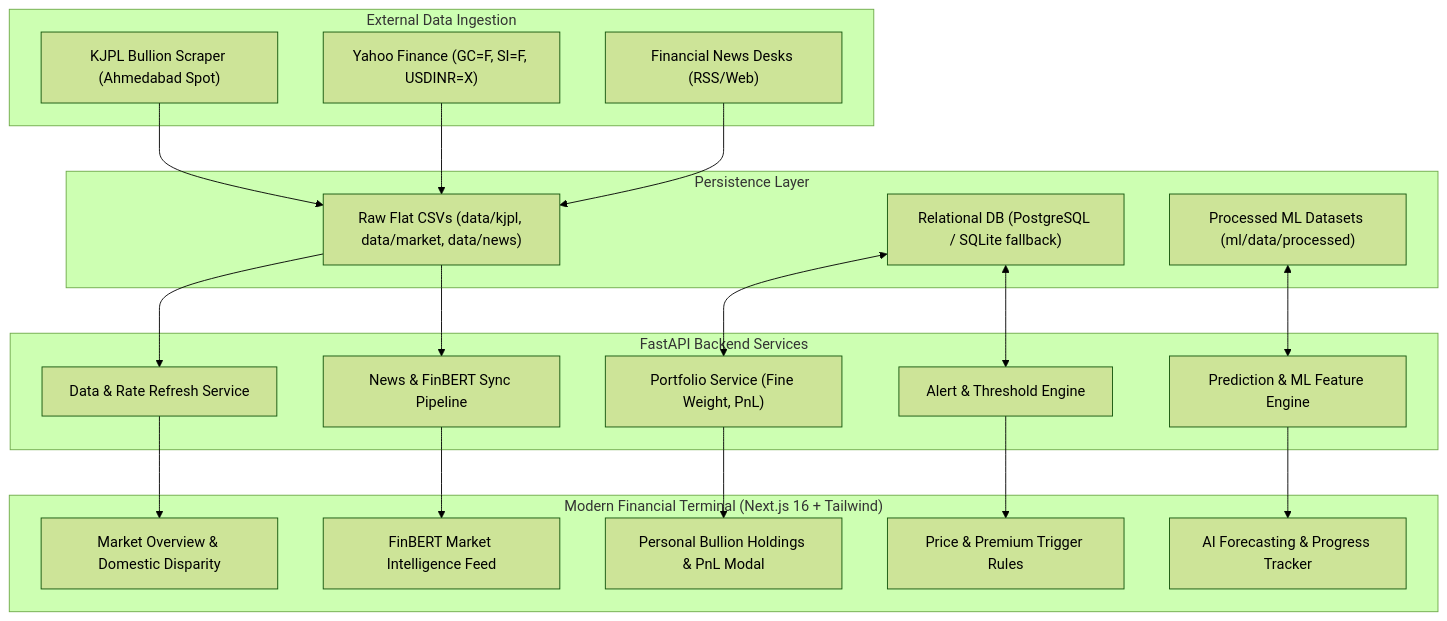
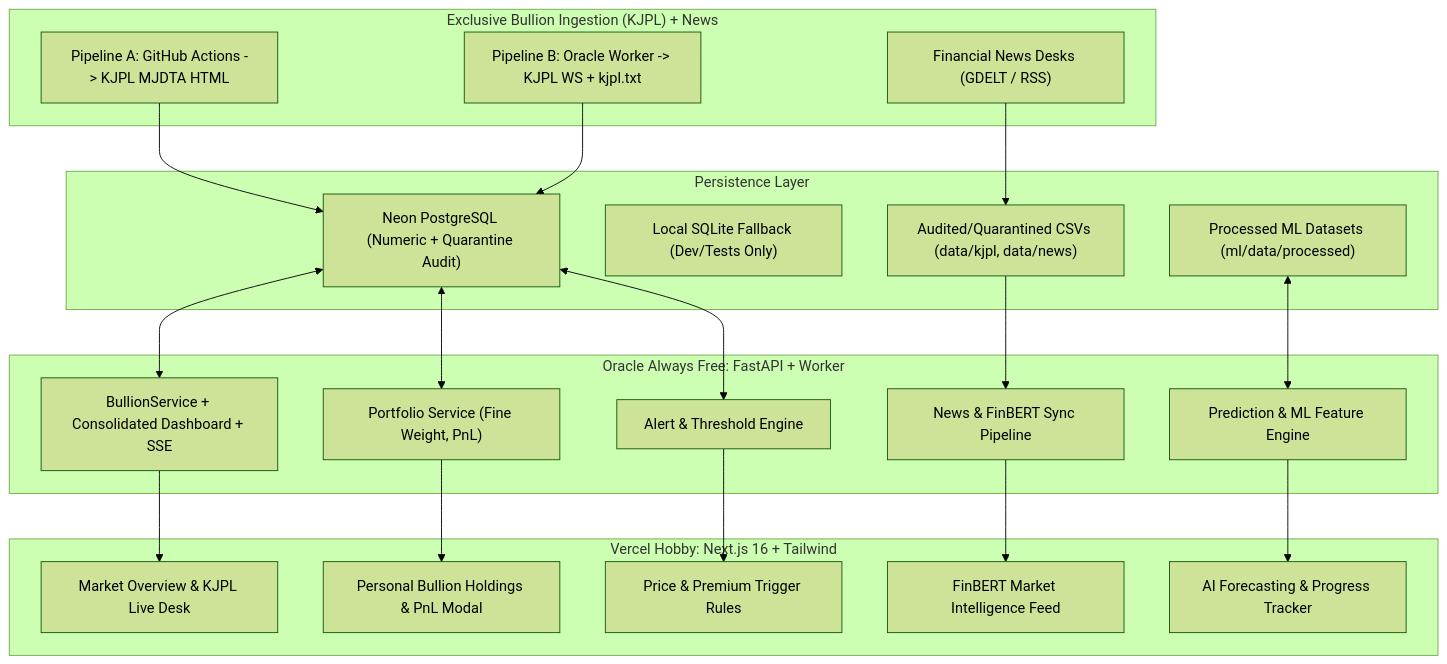
Before and after one commit to Dhruv-vm/GoldSense-AI: the diagram in README.md, drawn with Mermaid (forest theme). The commit also changed other lines of this file and 34 other files, not shown here.

Commit message:
docs: add audited bullion datasets and research documentation

````diff
--- a/README.md
+++ b/README.md
@@ -52,46 +51,47 @@
 ```mermaid
 flowchart TD
-    subgraph DataSources["External Data Ingestion"]
-        KJPL["KJPL Bullion Scraper (Ahmedabad Spot)"]
-        YF["Yahoo Finance (GC=F, SI=F, USDINR=X)"]
-        NewsRSS["Financial News Desks (RSS/Web)"]
+    subgraph DataSources["Exclusive Bullion Ingestion (KJPL) + News"]
+        KJPL_A["Pipeline A: GitHub Actions -> KJPL MJDTA HTML"]
+        KJPL_B["Pipeline B: Oracle Worker -> KJPL WS + kjpl.txt"]
+        NewsRSS["Financial News Desks (GDELT / RSS)"]
     end
 
     subgraph Storage["Persistence Layer"]
-        CSVData["Raw Flat CSVs (data/kjpl, data/market, data/news)"]
-        SQLDB["Relational DB (PostgreSQL / SQLite fallback)"]
+        NeonDB["Neon PostgreSQL (Numeric + Quarantine Audit)"]
+        SQLiteDev["Local SQLite Fallback (Dev/Tests Only)"]
+        CSVData["Audited/Quarantined CSVs (data/kjpl, data/news)"]
         ProcData["Processed ML Datasets (ml/data/processed)"]
     end
 
-    subgraph Backend["FastAPI Backend Services"]
-        DataSvc["Data & Rate Refresh Service"]
+    subgraph Backend["Oracle Always Free: FastAPI + Worker"]
+        BullionSvc["BullionService + Consolidated Dashboard + SSE"]
         PortSvc["Portfolio Service (Fine Weight, PnL)"]
         AlertSvc["Alert & Threshold Engine"]
         NewsSvc["News & FinBERT Sync Pipeline"]
         PredSvc["Prediction & ML Feature Engine"]
     end
 
-    subgraph Frontend["Modern Financial Terminal (Next.js 16 + Tailwind)"]
-        OverviewTab["Market Overview & Domestic Disparity"]
+    subgraph Frontend["Vercel Hobby: Next.js 16 + Tailwind"]
+        OverviewTab["Market Overview & KJPL Live Desk"]
         PortfolioTab["Personal Bullion Holdings & PnL Modal"]
         PredictTab["AI Forecasting & Progress Tracker"]
         NewsTab["FinBERT Market Intelligence Feed"]
         AlertsTab["Price & Premium Trigger Rules"]
     end
 
-    KJPL --> CSVData
-    YF --> CSVData
+    KJPL_A --> NeonDB
+    KJPL_B --> NeonDB
     NewsRSS --> CSVData
 
-    CSVData --> DataSvc
+    NeonDB <--> BullionSvc
+    NeonDB <--> PortSvc
+    NeonDB <--> AlertSvc
     CSVData --> NewsSvc
-    SQLDB <--> PortSvc
-    SQLDB <--> AlertSvc
     ProcData <--> PredSvc
 
-    DataSvc --> OverviewTab
+    BullionSvc --> OverviewTab
     PortSvc --> PortfolioTab
     PredSvc --> PredictTab
     NewsSvc --> NewsTab
     AlertSvc --> AlertsTab
 ```
````
